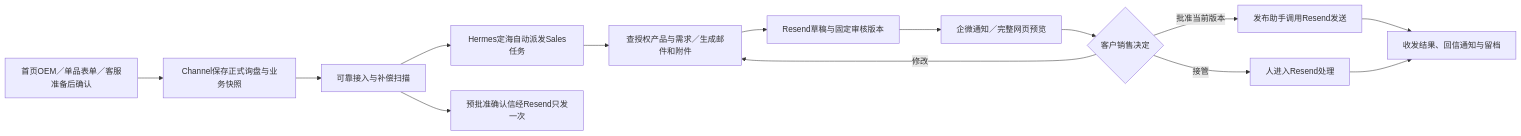
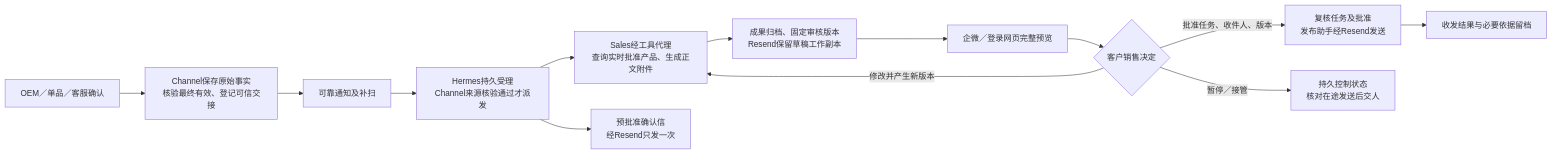
The diagram in docs/sales-agent/HIGH-LEVEL.md (vibelingan/channel), drawn with Mermaid before and after one commit. The commit also changed other lines of this file and 37 other files, not shown here.

````diff
--- a/docs/sales-agent/HIGH-LEVEL.md
+++ b/docs/sales-agent/HIGH-LEVEL.md
@@ -29,16 +29,15 @@
 ```mermaid
 flowchart LR
-  A[首页OEM／单品表单／客服准备后确认] --> B[Channel保存正式询盘与业务快照]
-  B --> C[可靠接入与补偿扫描]
-  C --> D[Hermes定海自动派发Sales任务]
-  D --> E[查授权产品与需求／生成邮件和附件]
-  E --> F[Resend草稿与固定审核版本]
-  F --> G[企微通知／完整网页预览]
+  A[OEM／单品／客服确认] --> B["Channel保存原始事实<br/>核验最终有效、登记可信交接"]
+  B --> C[可靠通知及补扫]
+  C --> D["Hermes持久受理<br/>Channel来源核验通过才派发"]
+  D --> E["Sales经工具代理<br/>查询实时批准产品、生成正文附件"]
+  E --> F["成果归档、固定审核版本<br/>Resend保留草稿工作副本"]
+  F --> G[企微／登录网页完整预览]
   G --> H{客户销售决定}
-  H -->|修改| E
-  H -->|批准当前版本| I[发布助手调用Resend发送]
-  H -->|接管| J[人进入Resend处理]
-  I --> K[收发结果、回信通知与留档]
-  J --> K
-  C --> L[预批准确认信经Resend只发一次]
+  H -->|修改并产生新版本| E
+  H -->|批准任务、收件人、版本| I["复核任务及批准<br/>发布助手经Resend发送"]
+  H -->|暂停／接管| J["持久控制状态<br/>核对在途发送后交人"]
+  I --> K[收发结果与必要依据留档]
+  D --> L["预批准确认信<br/>经Resend只发一次"]
 ```
````
